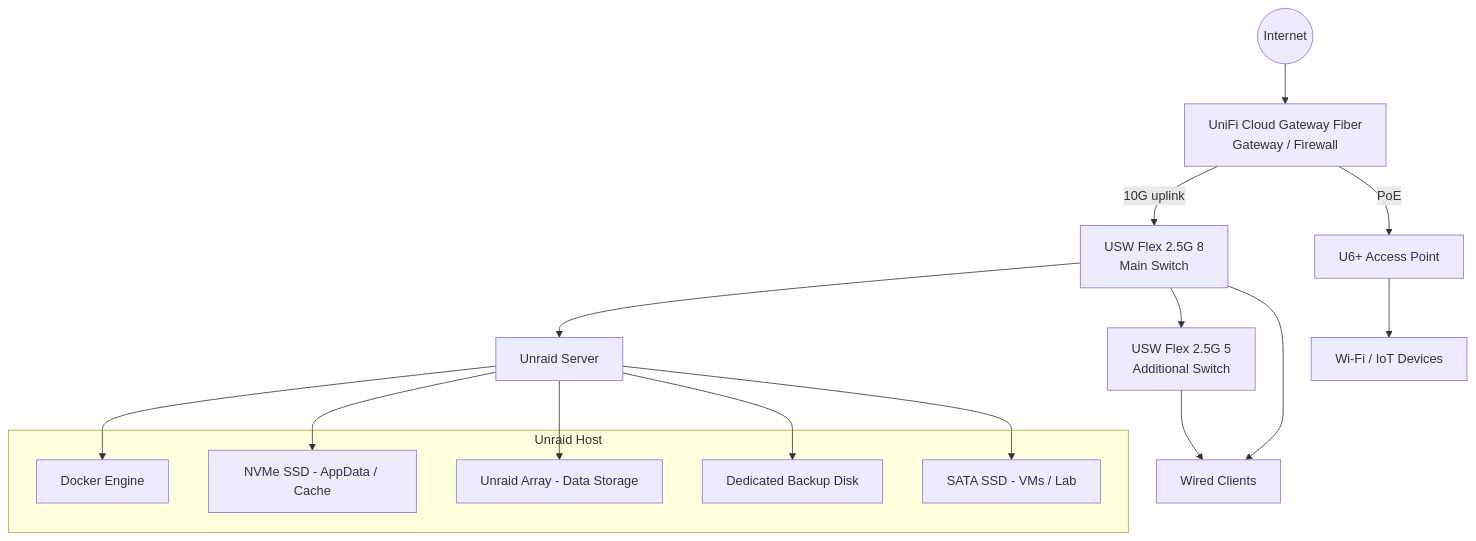
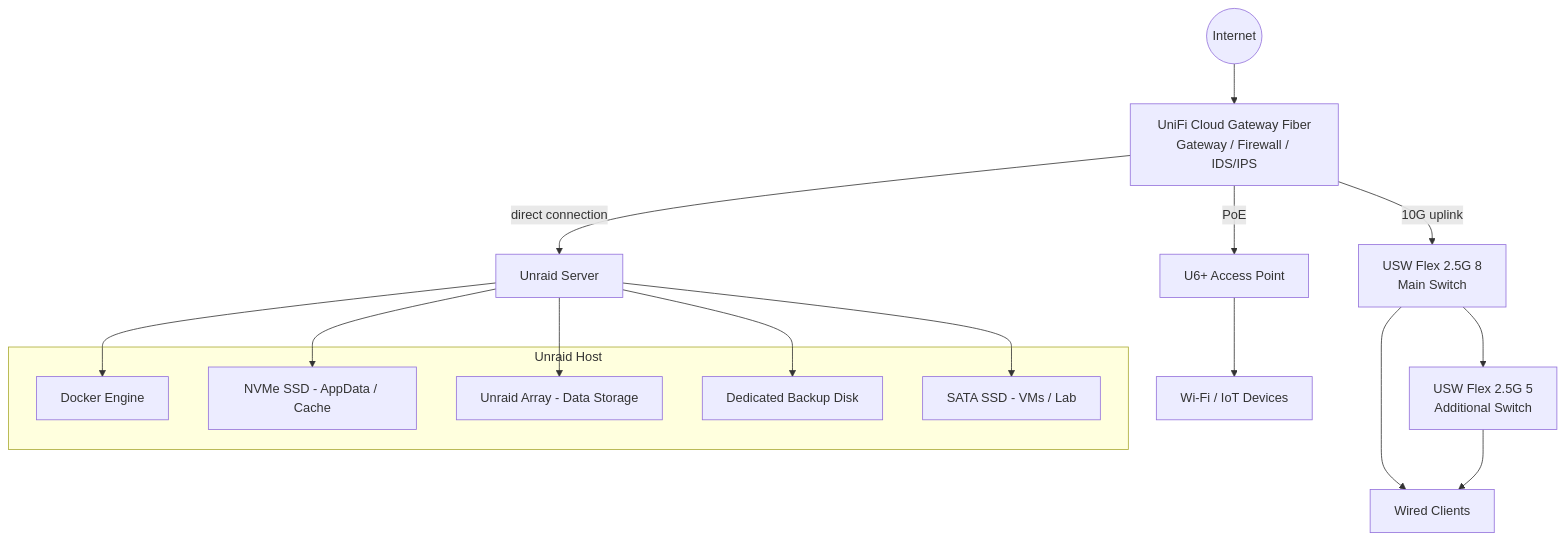
One commit to ThomasMann2001/HeimServer-Projekt changed the diagram in README.md. Above: the diagram before and after it, drawn with Mermaid. The commit also changed other lines of this file, not shown here.

````diff
--- a/README.md
+++ b/README.md
@@ -123,34 +147,34 @@
 ```mermaid
 flowchart TD
     Internet((Internet))
-    UCG["UniFi Cloud Gateway Fiber<br>Gateway / Firewall"]
-    Flex8["USW Flex 2.5G 8<br>Main Switch"]
-    Flex5["USW Flex 2.5G 5<br>Additional Switch"]
+    UCG["UniFi Cloud Gateway Fiber<br/>Gateway / Firewall / IDS/IPS"]
+    Flex8["USW Flex 2.5G 8<br/>Main Switch"]
+    Flex5["USW Flex 2.5G 5<br/>Additional Switch"]
     AP["U6+ Access Point"]
     Unraid["Unraid Server"]
     WiredClients["Wired Clients"]
     WiFiClients["Wi-Fi / IoT Devices"]
 
     Internet --> UCG
+    UCG -->|"direct connection"| Unraid
     UCG -->|"10G uplink"| Flex8
     UCG -->|"PoE"| AP
-    Flex8 --> Unraid
     Flex8 --> Flex5
     Flex8 --> WiredClients
     Flex5 --> WiredClients
     AP --> WiFiClients
 
     subgraph UnraidHost["Unraid Host"]
         Docker["Docker Engine"]
         Cache["NVMe SSD - AppData / Cache"]
         ArrayStorage["Unraid Array - Data Storage"]
         BackupDisk["Dedicated Backup Disk"]
         LabSSD["SATA SSD - VMs / Lab"]
     end
 
     Unraid --> Docker
     Unraid --> Cache
     Unraid --> ArrayStorage
     Unraid --> BackupDisk
     Unraid --> LabSSD
 ```
````
